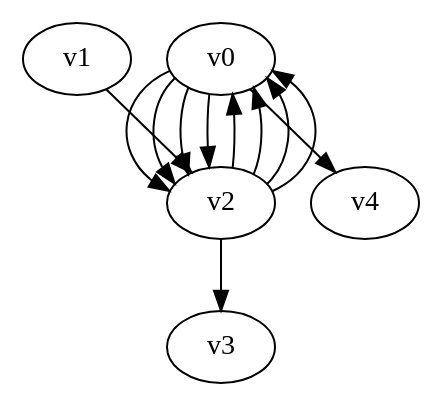
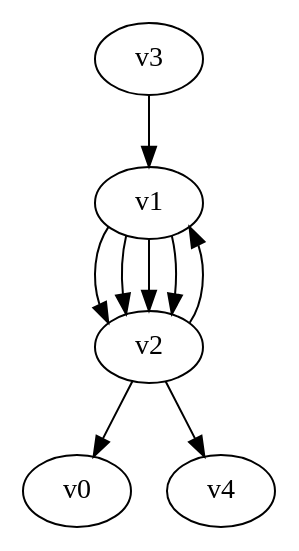
The diagram in digraph.dot (yadej/graph_project), drawn with Graphviz before and after one commit. The commit also changed 3 other files, not shown here.

```diff
--- a/digraph.dot
+++ b/digraph.dot
@@ -1,13 +1,10 @@
 digraph G { 
-v0 -> v2;
-v0 -> v2;
-v0 -> v2;
-v0 -> v2;
-v0 -> v4;
+v1 -> v2;
+v1 -> v2;
+v1 -> v2;
 v1 -> v2;
 v2 -> v0;
-v2 -> v0;
-v2 -> v0;
-v2 -> v0;
-v2 -> v3;
+v2 -> v1;
+v2 -> v4;
+v3 -> v1;
 }
```
